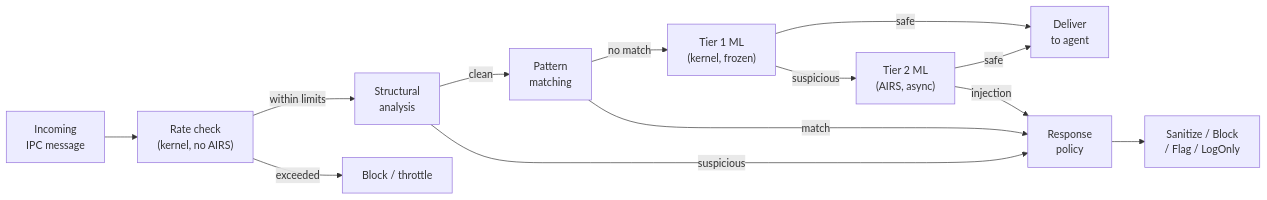
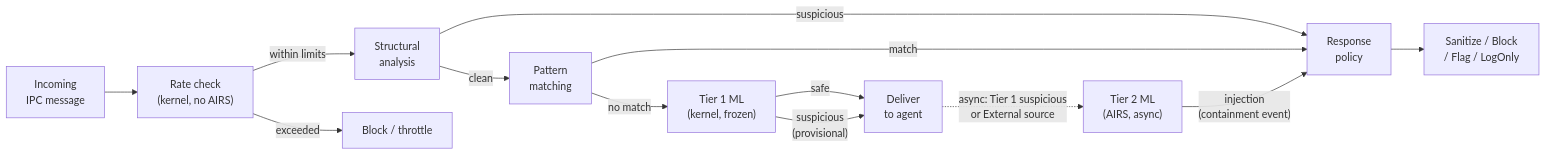
The diagram in docs/security/adversarial-defense/screening.md (juslee/aios), drawn with Mermaid before and after one commit. The commit also changed other lines of this file and 61 other files, not shown here.

First line of the commit message:
docs: resolve the owner-decided #184 architecture-doc inconsistencies (#225)

````diff
--- a/docs/security/adversarial-defense/screening.md
+++ b/docs/security/adversarial-defense/screening.md
@@ -32,15 +33,15 @@
 ```mermaid
 flowchart LR
     A["Incoming\nIPC message"] --> B["Rate check\n(kernel, no AIRS)"]
     B -->|within limits| C["Structural\nanalysis"]
     B -->|exceeded| X1["Block / throttle"]
     C -->|clean| D["Pattern\nmatching"]
     C -->|suspicious| R["Response\npolicy"]
     D -->|no match| E["Tier 1 ML\n(kernel, frozen)"]
     D -->|match| R
     E -->|safe| F["Deliver\nto agent"]
-    E -->|suspicious| G["Tier 2 ML\n(AIRS, async)"]
-    G -->|safe| F
-    G -->|injection| R
+    E -->|"suspicious\n(provisional)"| F
+    F -.->|"async: Tier 1 suspicious\nor External source"| G["Tier 2 ML\n(AIRS, async)"]
+    G -->|"injection\n(containment event)"| R
     R --> X2["Sanitize / Block\n/ Flag / LogOnly"]
 ```
````
